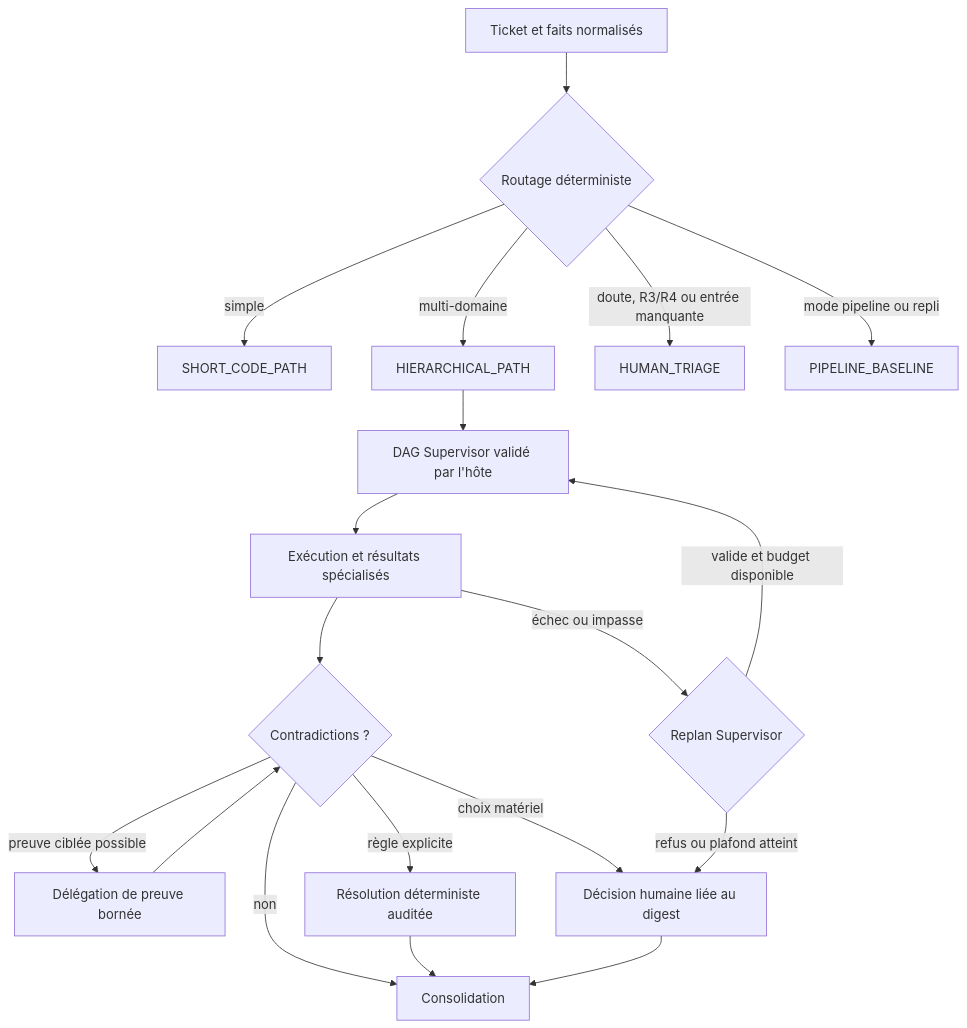
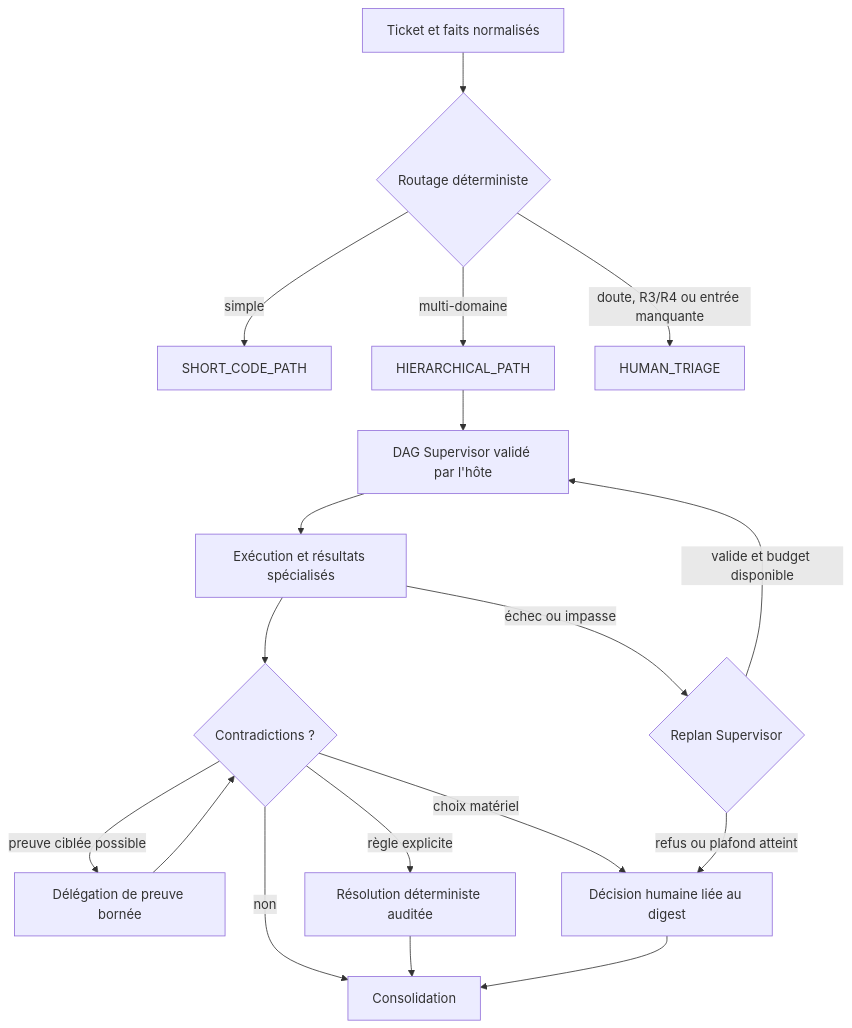
Before and after one commit to dbeaumont/ai-software-factory-local: the diagram in docs/qualification/multi-agents/policies-and-operations/ROUTAGE-REPLANS-CONTRADICTIONS.md, drawn with Mermaid. The commit also changed other lines of this file and 8 other files, not shown here.

````diff
--- a/docs/qualification/multi-agents/policies-and-operations/ROUTAGE-REPLANS-CONTRADICTIONS.md
+++ b/docs/qualification/multi-agents/policies-and-operations/ROUTAGE-REPLANS-CONTRADICTIONS.md
@@ -9,21 +9,20 @@
 ```mermaid
 flowchart TD
   T[Ticket et faits normalisés] --> R{Routage déterministe}
   R -->|simple| S[SHORT_CODE_PATH]
   R -->|multi-domaine| H[HIERARCHICAL_PATH]
   R -->|doute, R3/R4 ou entrée manquante| U[HUMAN_TRIAGE]
-  R -->|mode pipeline ou repli| P[PIPELINE_BASELINE]
   H --> D[DAG Supervisor validé par l'hôte]
   D --> X[Exécution et résultats spécialisés]
   X --> C{Contradictions ?}
   C -->|non| F[Consolidation]
   C -->|preuve ciblée possible| E[Délégation de preuve bornée]
   E --> C
   C -->|règle explicite| A[Résolution déterministe auditée]
   C -->|choix matériel| Q[Décision humaine liée au digest]
   A --> F
   Q --> F
   X -->|échec ou impasse| RP{Replan Supervisor}
   RP -->|valide et budget disponible| D
   RP -->|refus ou plafond atteint| Q
 ```
````
